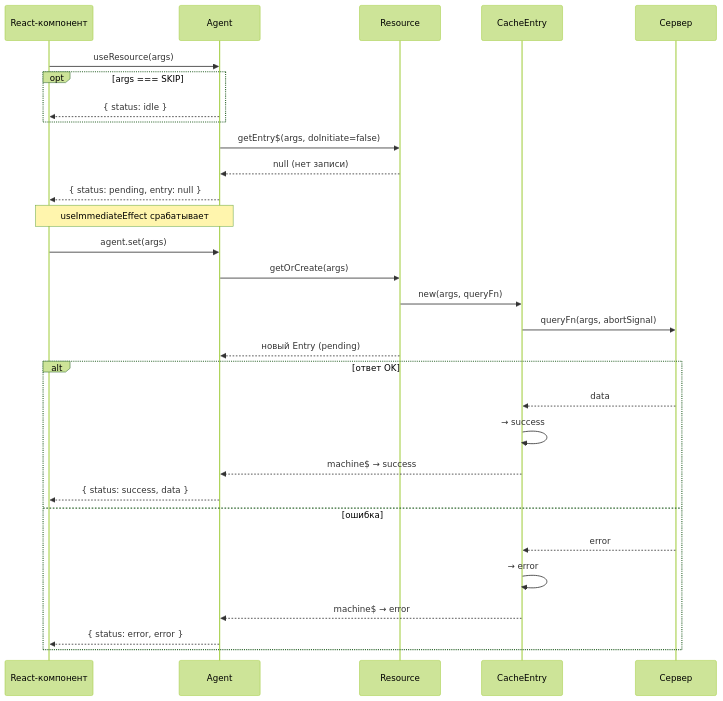
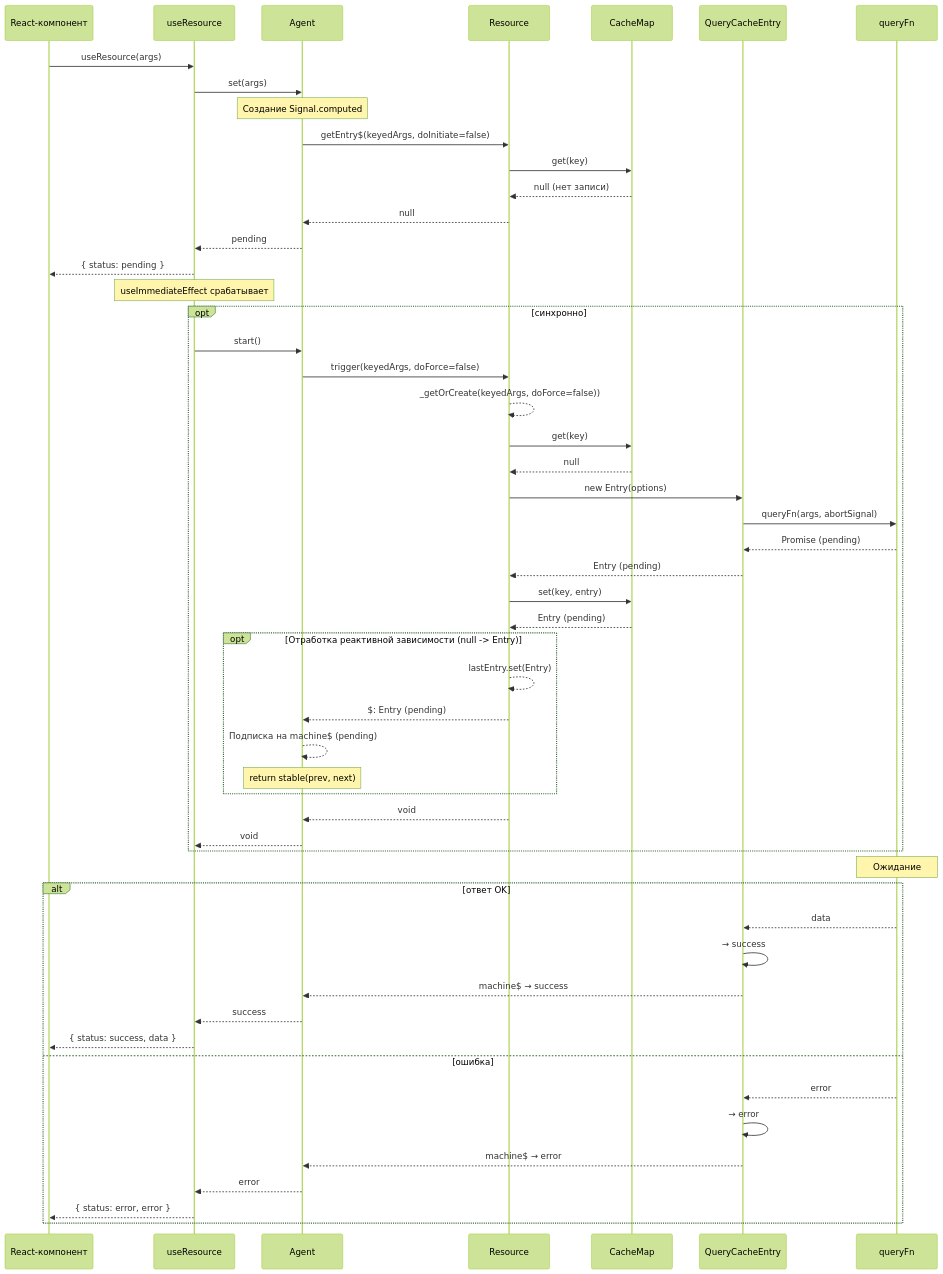
Before and after one commit to fozy-labs/rx-toolkit: the first of 11 diagrams in docs/query/concepts/dataflows.md, drawn with Mermaid (forest theme). The commit also changed other lines of this file and 10 other files, not shown here.

````diff
--- a/docs/query/concepts/dataflows.md
+++ b/docs/query/concepts/dataflows.md
@@ -12,37 +11,67 @@
 ```mermaid
 sequenceDiagram
     participant UI as React-компонент
+    participant Hook as useResource
     participant Agent as Agent
     participant Res as Resource
-    participant Entry as CacheEntry
-    participant Server as Сервер
+    participant Cache as CacheMap
+    participant Entry as QueryCacheEntry
+    participant Query as queryFn
 
-    UI->>Agent: useResource(args)
+    UI->>Hook: useResource(args)
+    Hook->>Agent: set(args)
 
-    opt args === SKIP
-        Agent-->>UI: { status: idle }
+    Note over Agent: Создание Signal.computed
+
+    Agent->>Res: getEntry$(keyedArgs, doInitiate=false)
+
+    Res->>Cache: get(key)
+    Cache-->>Res: null (нет записи)
+    Res-->>Agent: null
+    Agent-->>Hook: pending
+    Hook-->>UI: { status: pending }
+
+    Note over Hook: useImmediateEffect срабатывает
+
+    opt синхронно
+        Hook->>Agent: start()
+        Agent->>Res: trigger(keyedArgs, doForce=false)
+        Res-->>Res: _getOrCreate(keyedArgs, doForce=false))
+        Res->>Cache: get(key)
+        Cache-->>Res: null
+        Res->>Entry: new Entry(options)
+        Entry->>Query: queryFn(args, abortSignal)
+        Query-->>Entry: Promise (pending)
+        Entry-->> Res: Entry (pending)
+
+        Res->>Cache: set(key, entry)
+    
+        Cache-->>Res: Entry (pending)
+
+        opt Отработка реактивной зависимости (null -> Entry)
+            Res -->> Res: lastEntry.set(Entry)
+            Res-->>Agent: $: Entry (pending)
+            Agent-->>Agent: Подписка на machine$ (pending)
+            Note over Agent: return stable(prev, next)
+        end
+
+        Res -->> Agent: void
+        Agent-->>Hook: void
     end
 
-    Agent->>Res: getEntry$(args, doInitiate=false)
-    Res-->>Agent: null (нет записи)
-    Agent-->>UI: { status: pending, entry: null }
-
-    Note over UI,Agent: useImmediateEffect срабатывает
-    UI->>Agent: agent.set(args)
-    Agent->>Res: getOrCreate(args)
-    Res->>Entry: new(args, queryFn)
-    Entry->>Server: queryFn(args, abortSignal)
-    Res-->>Agent: новый Entry (pending)
+    Note over Query: Ожидание
 
     alt ответ OK
-        Server-->>Entry: data
+        Query-->>Entry: data
         Entry->>Entry: → success
         Entry-->>Agent: machine$ → success
-        Agent-->>UI: { status: success, data }
+        Agent-->>Hook: success
+        Hook-->>UI: { status: success, data }
     else ошибка
-        Server-->>Entry: error
+        Query-->>Entry: error
         Entry->>Entry: → error
         Entry-->>Agent: machine$ → error
-        Agent-->>UI: { status: error, error }
+        Agent-->>Hook: error
+        Hook-->>UI: { status: error, error }
     end
 ```
````
